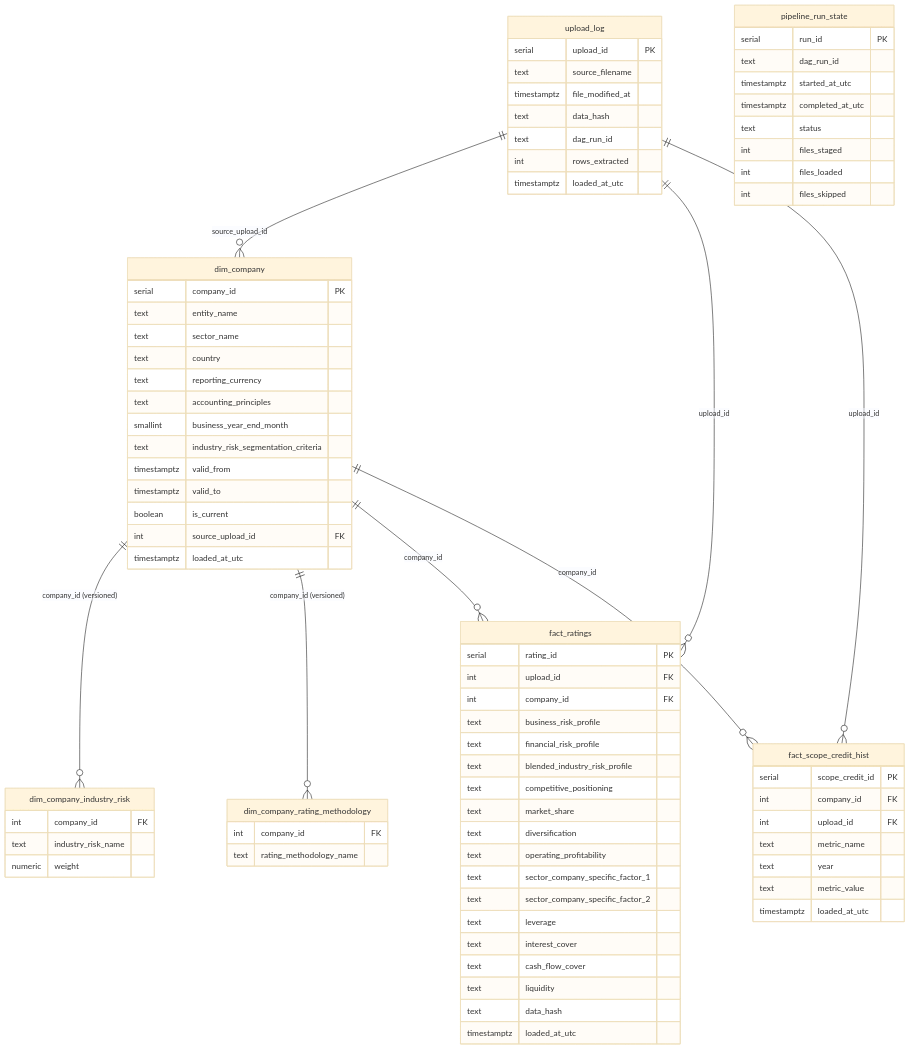
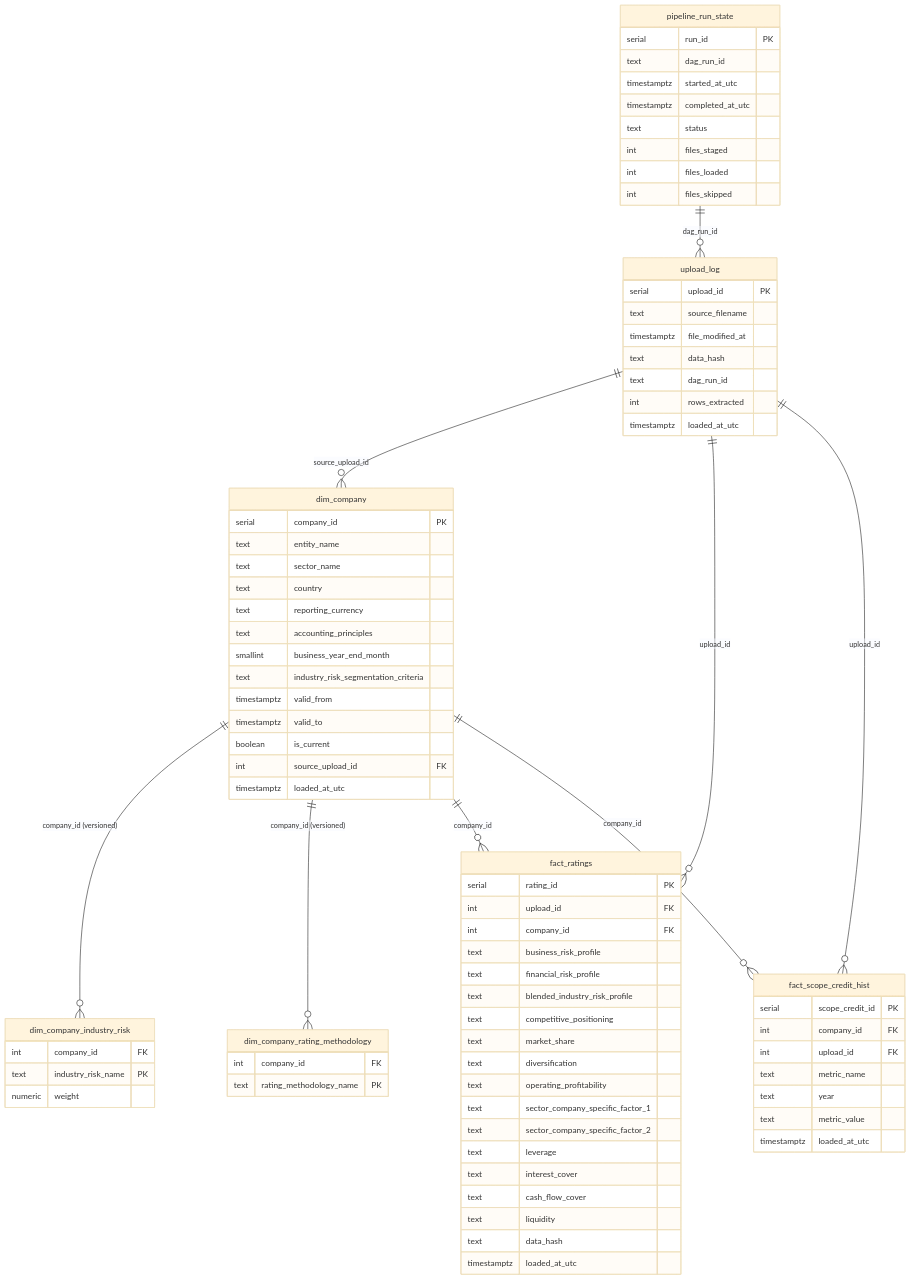
The diagram in README.md (SusyVenta/scope-data-engineer-offline-assessment), drawn with Mermaid (base theme) before and after one commit. The commit also changed other lines of this file and 3 other files, not shown here.

```diff
--- a/README.md
+++ b/README.md
@@ -463,13 +463,13 @@
 
     dim_company_industry_risk {
         int     company_id         FK
-        text    industry_risk_name
+        text    industry_risk_name PK
         numeric weight
     }
 
     dim_company_rating_methodology {
         int  company_id              FK
-        text rating_methodology_name
+        text rating_methodology_name PK
     }
 
     fact_ratings {
@@ -503,6 +503,7 @@
         timestamptz loaded_at_utc
     }
 
+    pipeline_run_state ||--o{ upload_log : "dag_run_id"
     upload_log ||--o{ dim_company : "source_upload_id"
     upload_log ||--o{ fact_ratings : "upload_id"
     upload_log ||--o{ fact_scope_credit_hist : "upload_id"
```
